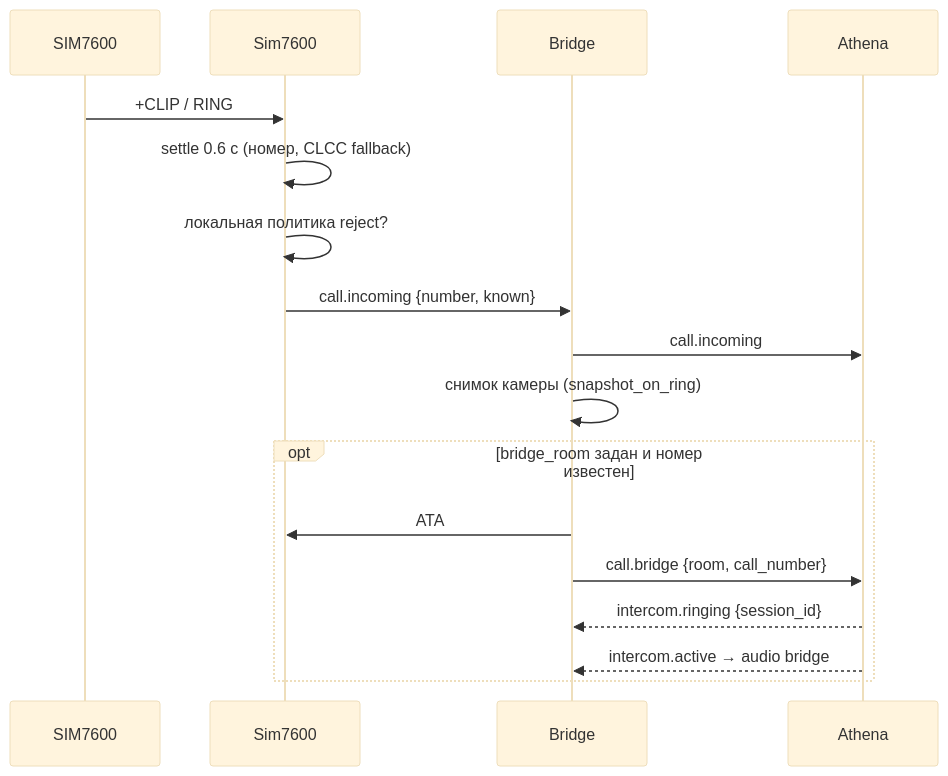
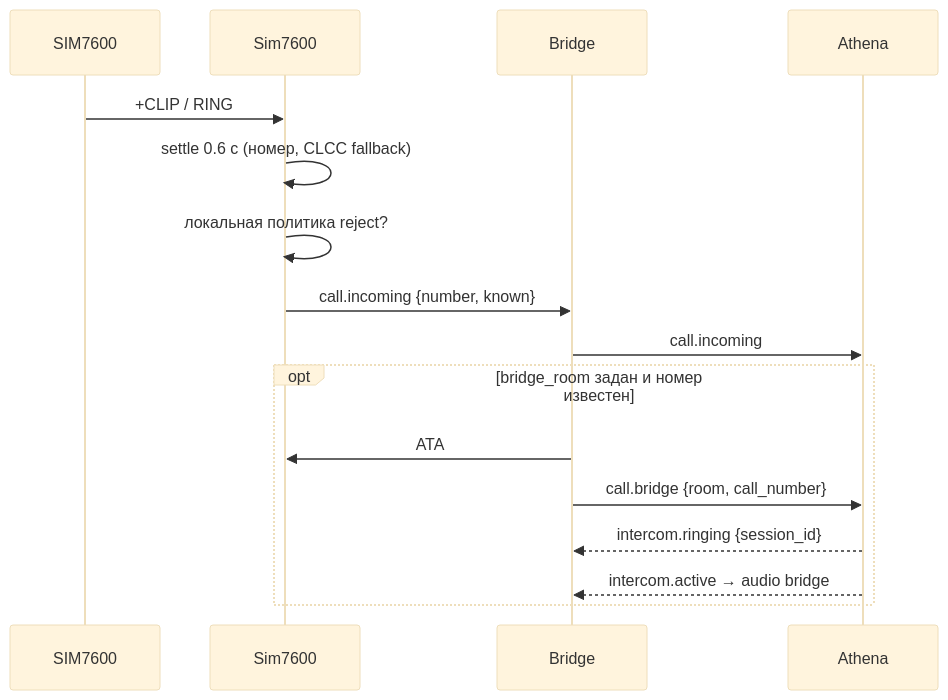
The third of 4 diagrams in docs/ARCHITECTURE.md (ruslan200065/AthenaAssistantGSMHA), drawn with Mermaid (base theme) before and after one commit. The commit also changed other lines of this file and 58 other files, not shown here.

````diff
--- a/docs/ARCHITECTURE.md
+++ b/docs/ARCHITECTURE.md
@@ -70,19 +66,18 @@
 ```mermaid
 sequenceDiagram
   participant M as SIM7600
   participant S as Sim7600
   participant B as Bridge
   participant C as Athena
   M->>S: +CLIP / RING
   S->>S: settle 0.6 c (номер, CLCC fallback)
   S->>S: локальная политика reject?
   S->>B: call.incoming {number, known}
   B->>C: call.incoming
-  B->>B: снимок камеры (snapshot_on_ring)
   opt bridge_room задан и номер известен
     B->>S: ATA
     B->>C: call.bridge {room, call_number}
     C-->>B: intercom.ringing {session_id}
     C-->>B: intercom.active → audio bridge
   end
 ```
````
